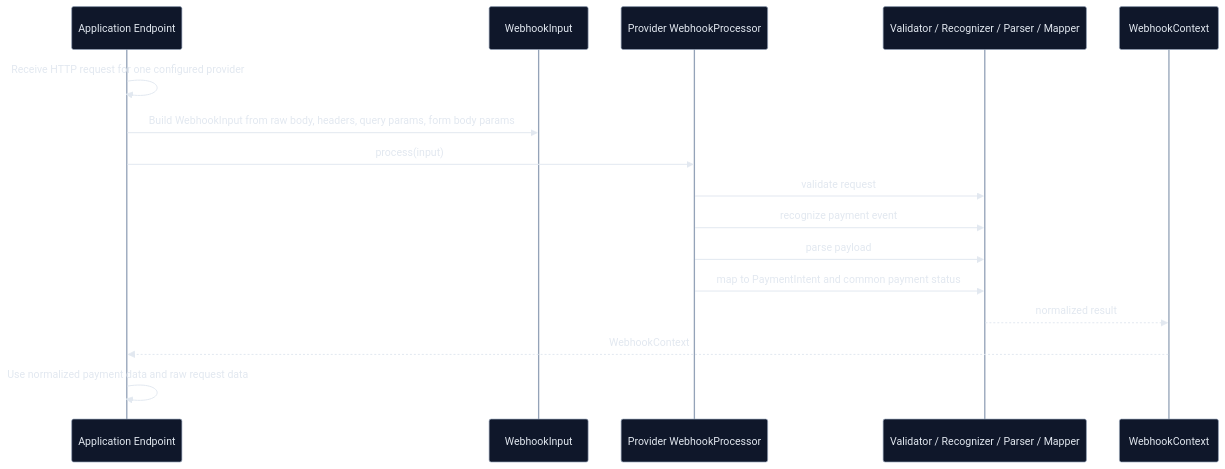
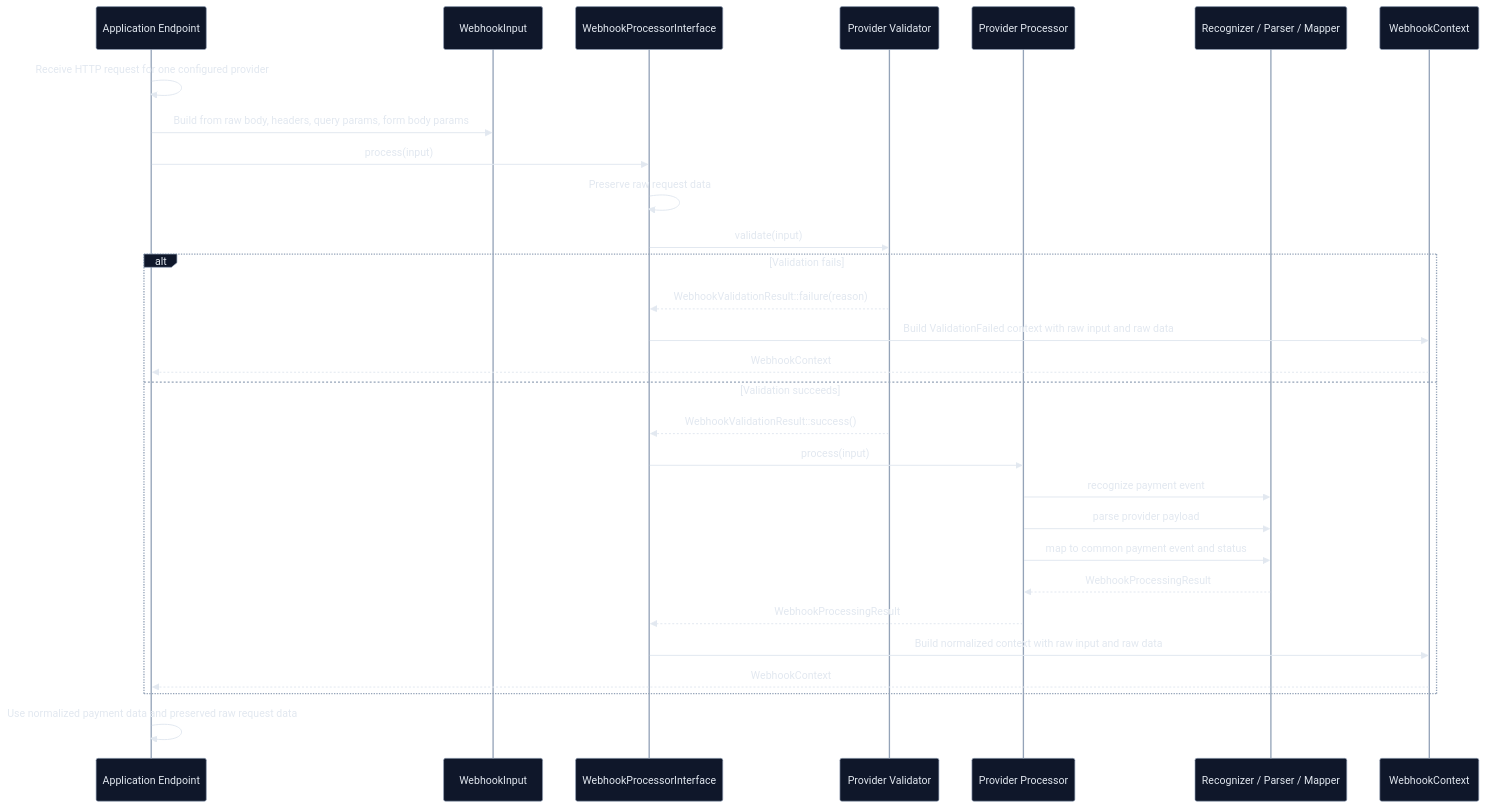
The second of 2 diagrams in README.md (yiisoft/payments), drawn with Mermaid before and after one commit.

Commit message:
Update README webhook R1 flow diagram

````diff
--- a/README.md
+++ b/README.md
@@ -756,31 +756,49 @@
 ```mermaid
 %%{init: {"theme":"base","themeVariables": {
   "background":"transparent",
   "fontFamily":"ui-sans-serif, system-ui, -apple-system, Segoe UI, Roboto, Arial, sans-serif",
   "primaryColor":"#0f172a",
   "primaryTextColor":"#e2e8f0",
   "primaryBorderColor":"#94a3b8",
   "lineColor":"#94a3b8",
   "secondaryColor":"#052e16",
   "tertiaryColor":"#1e293b",
   "clusterBkg":"#0b1220",
-  "clusterBorder":"#334155"
+  "clusterBorder":"#334155",
+  "activationBkgColor":"#1e293b",
+  "activationBorderColor":"#94a3b8",
+  "noteBkgColor":"#111827",
+  "noteTextColor":"#e5e7eb",
+  "noteBorderColor":"#94a3b8"
 }}}%%
 sequenceDiagram
     participant A as Application Endpoint
     participant I as WebhookInput
-    participant P as Provider WebhookProcessor
-    participant V as Validator / Recognizer / Parser / Mapper
+    participant C as WebhookProcessorInterface
+    participant V as Provider Validator
+    participant P as Provider Processor
+    participant F as Recognizer / Parser / Mapper
     participant R as WebhookContext
 
     A->>A: Receive HTTP request for one configured provider
-    A->>I: Build WebhookInput from raw body, headers, query params, form body params
-    A->>P: process(input)
-    P->>V: validate request
-    P->>V: recognize payment event
-    P->>V: parse payload
-    P->>V: map to PaymentIntent and common payment status
-    V-->>R: normalized result
-    R-->>A: WebhookContext
-    A->>A: Use normalized payment data and raw request data
+    A->>I: Build from raw body, headers, query params, form body params
+    A->>C: process(input)
+    C->>C: Preserve raw request data
+    C->>V: validate(input)
+    alt Validation fails
+        V-->>C: WebhookValidationResult::failure(reason)
+        C->>R: Build ValidationFailed context with raw input and raw data
+        R-->>A: WebhookContext
+    else Validation succeeds
+        V-->>C: WebhookValidationResult::success()
+        C->>P: process(input)
+        P->>F: recognize payment event
+        P->>F: parse provider payload
+        P->>F: map to common payment event and status
+        F-->>P: WebhookProcessingResult
+        P-->>C: WebhookProcessingResult
+        C->>R: Build normalized context with raw input and raw data
+        R-->>A: WebhookContext
+    end
+    A->>A: Use normalized payment data and preserved raw request data
 ```
````
